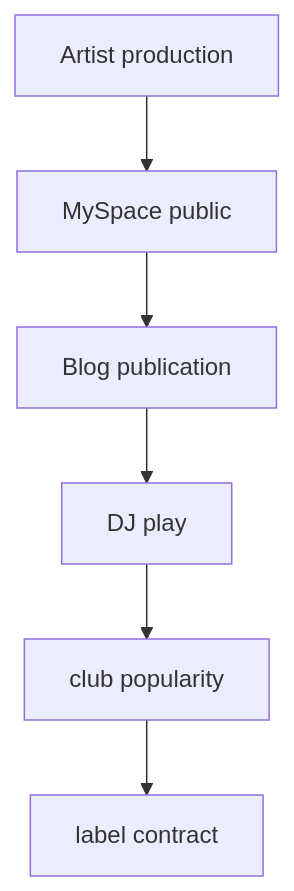
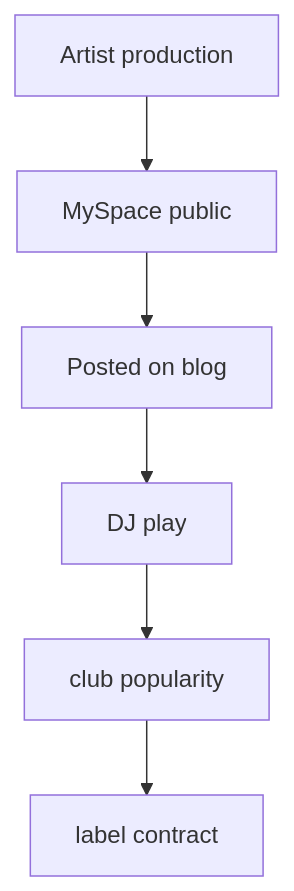
The second of 4 diagrams in en/_posts/2026-03-14-column-the-lost-era-of-bloghouse.md (monumental-movement/monumental-movement.github.io), drawn with Mermaid before and after one commit. The commit also changed other lines of this file and 419 other files, not shown here.

```diff
--- a/en/_posts/2026-03-14-column-the-lost-era-of-bloghouse.md
+++ b/en/_posts/2026-03-14-column-the-lost-era-of-bloghouse.md
@@ -144,8 +144,8 @@
 <div class="mermaid">
 flowchart TD
 A[Artist production] --> B[MySpace public]
-B --> C[Blog publication]
+B --> C[Posted on blog]
 C --> D[DJ play]
 D --> E[club popularity]
 E --> F[label contract]
 </div>
```
